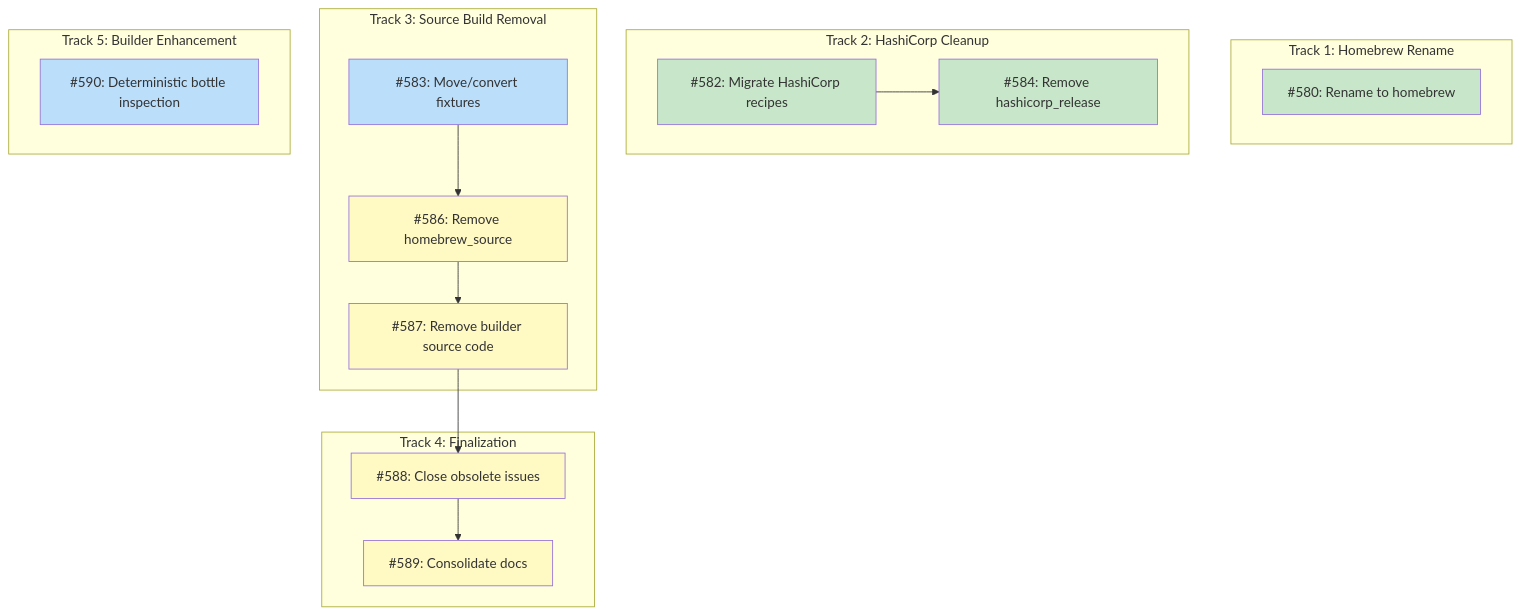
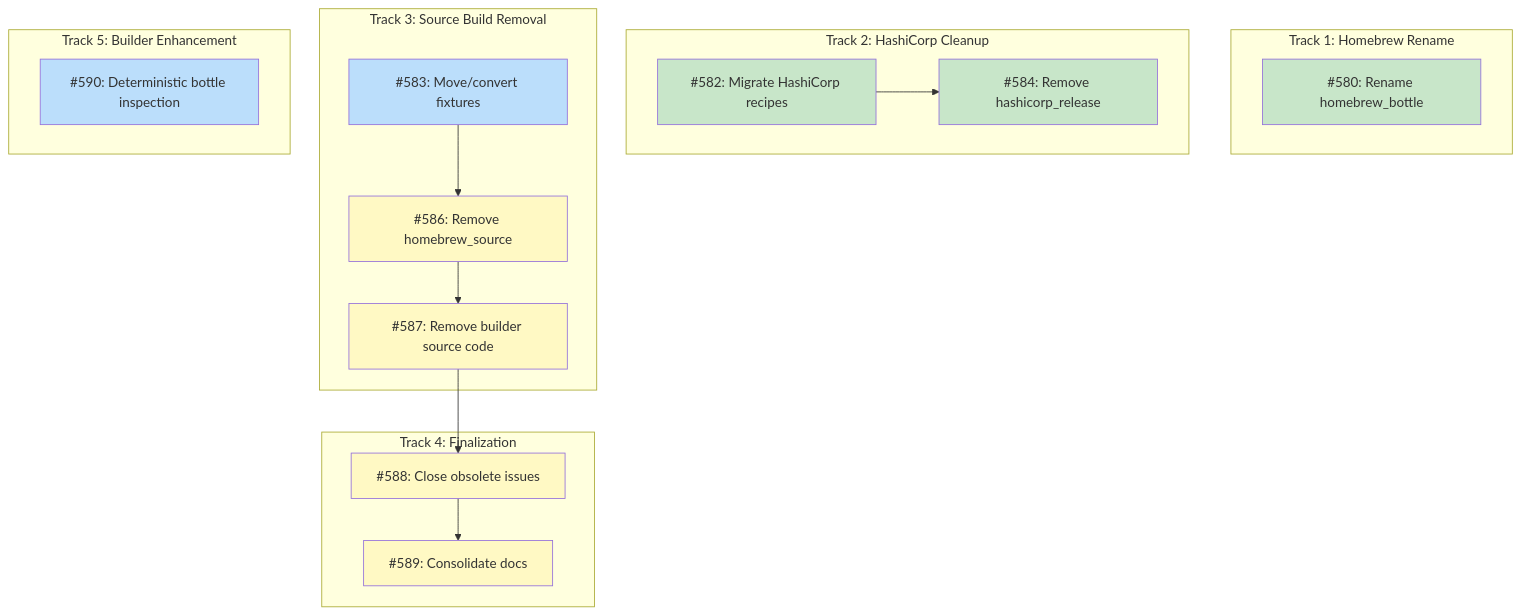
The diagram in docs/DESIGN-homebrew-cleanup.md (tsuku-dev/tsuku), drawn with Mermaid before and after one commit.

Commit message:
fix: restore issue label in design doc diagram

````diff
--- a/docs/DESIGN-homebrew-cleanup.md
+++ b/docs/DESIGN-homebrew-cleanup.md
@@ -23,41 +23,41 @@
 ```mermaid
 graph TD
     subgraph Track1["Track 1: Homebrew Rename"]
-        I580["#580: Rename to homebrew"]
+        I580["#580: Rename homebrew_bottle"]
     end
 
     subgraph Track2["Track 2: HashiCorp Cleanup"]
         I582["#582: Migrate HashiCorp recipes"]
         I584["#584: Remove hashicorp_release"]
     end
 
     subgraph Track3["Track 3: Source Build Removal"]
         I583["#583: Move/convert fixtures"]
         I586["#586: Remove homebrew_source"]
         I587["#587: Remove builder source code"]
     end
 
     subgraph Track4["Track 4: Finalization"]
         I588["#588: Close obsolete issues"]
         I589["#589: Consolidate docs"]
     end
 
     subgraph Track5["Track 5: Builder Enhancement"]
         I590["#590: Deterministic bottle inspection"]
     end
 
     I582 --> I584
     I583 --> I586
     I586 --> I587
     I587 --> I588
     I588 --> I589
 
     classDef done fill:#c8e6c9
     classDef ready fill:#bbdefb
     classDef blocked fill:#fff9c4
     classDef needsDesign fill:#e1bee7
 
     class I580,I582,I584 done
     class I583,I590 ready
     class I586,I587,I588,I589 blocked
 ```
````
